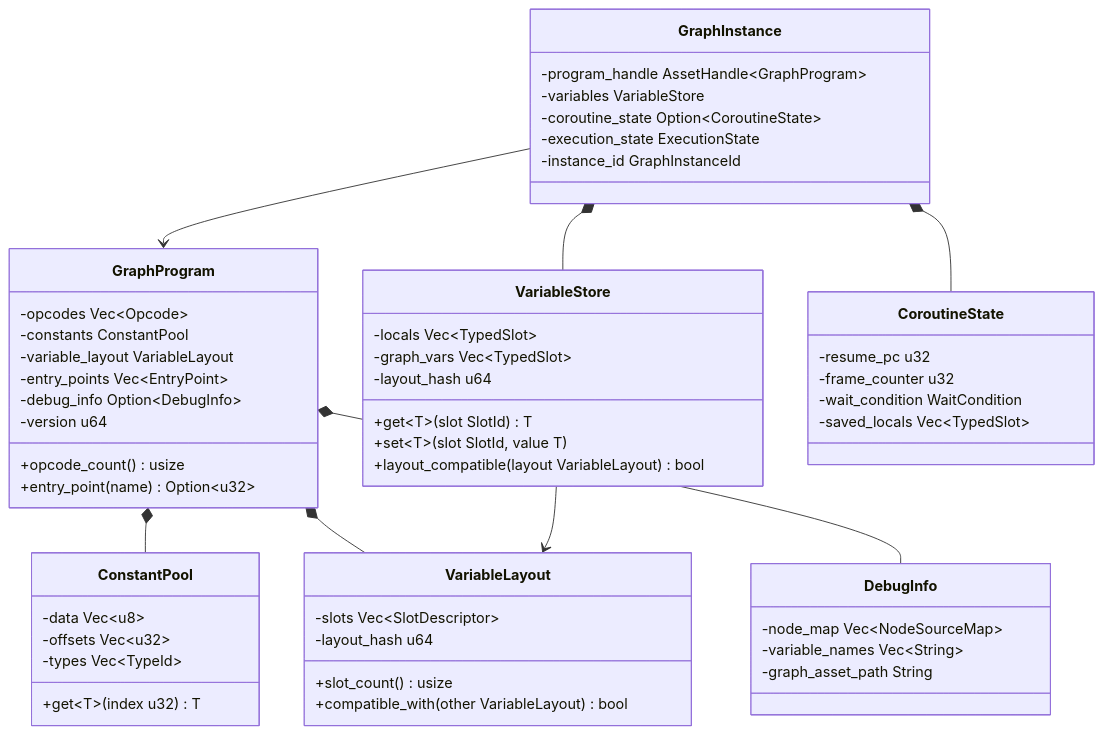
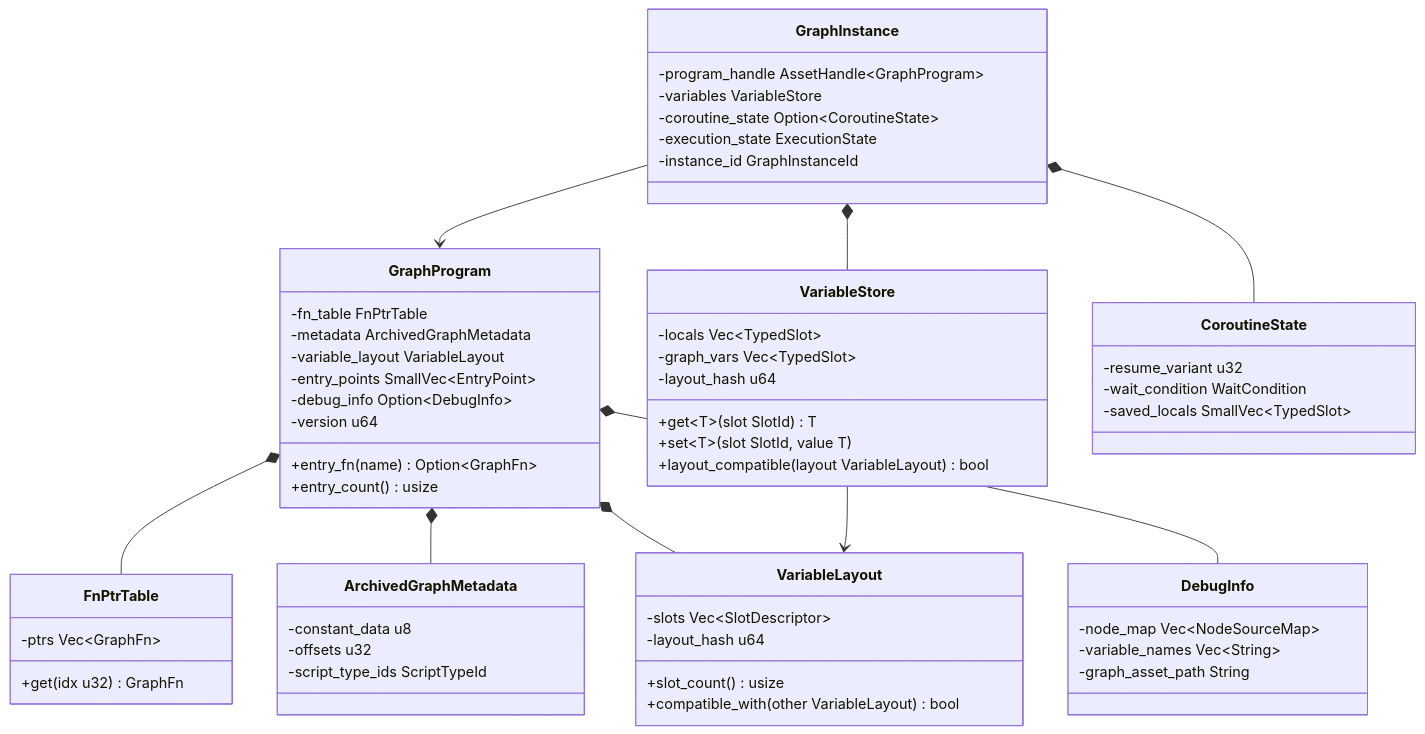
One commit to harmonius-dev/harmonius changed the fourth of 8 diagrams in docs/design/game-framework/scripting.md. Above: the diagram before and after it, drawn with Mermaid. The commit also changed other lines of this file and 174 other files, not shown here.

````diff
--- a/docs/design/game-framework/scripting.md
+++ b/docs/design/game-framework/scripting.md
@@ -218,65 +234,69 @@
 ```mermaid
 classDiagram
     class GraphProgram {
-        -opcodes Vec~Opcode~
-        -constants ConstantPool
+        -fn_table FnPtrTable
+        -metadata ArchivedGraphMetadata
         -variable_layout VariableLayout
-        -entry_points Vec~EntryPoint~
+        -entry_points SmallVec~EntryPoint~
         -debug_info Option~DebugInfo~
         -version u64
-        +opcode_count() usize
-        +entry_point(name) Option~u32~
+        +entry_fn(name) Option~GraphFn~
+        +entry_count() usize
+    }
+
+    class FnPtrTable {
+        -ptrs Vec~GraphFn~
+        +get(idx u32) GraphFn
     }
 
     class GraphInstance {
         -program_handle AssetHandle~GraphProgram~
         -variables VariableStore
         -coroutine_state Option~CoroutineState~
         -execution_state ExecutionState
         -instance_id GraphInstanceId
     }
 
     class VariableStore {
         -locals Vec~TypedSlot~
         -graph_vars Vec~TypedSlot~
         -layout_hash u64
         +get~T~(slot SlotId) T
         +set~T~(slot SlotId, value T)
         +layout_compatible(layout VariableLayout) bool
     }
 
     class CoroutineState {
-        -resume_pc u32
-        -frame_counter u32
+        -resume_variant u32
         -wait_condition WaitCondition
-        -saved_locals Vec~TypedSlot~
+        -saved_locals SmallVec~TypedSlot~
     }
 
-    class ConstantPool {
-        -data Vec~u8~
-        -offsets Vec~u32~
-        -types Vec~TypeId~
-        +get~T~(index u32) T
+    class ArchivedGraphMetadata {
+        -constant_data u8
+        -offsets u32
+        -script_type_ids ScriptTypeId
     }
 
     class VariableLayout {
         -slots Vec~SlotDescriptor~
         -layout_hash u64
         +slot_count() usize
         +compatible_with(other VariableLayout) bool
     }
 
     class DebugInfo {
         -node_map Vec~NodeSourceMap~
         -variable_names Vec~String~
         -graph_asset_path String
     }
 
     GraphInstance --> GraphProgram
     GraphInstance *-- VariableStore
     GraphInstance *-- CoroutineState
-    GraphProgram *-- ConstantPool
+    GraphProgram *-- FnPtrTable
+    GraphProgram *-- ArchivedGraphMetadata
     GraphProgram *-- VariableLayout
     GraphProgram *-- DebugInfo
     VariableStore --> VariableLayout
 ```
````
